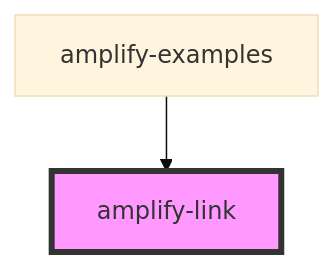
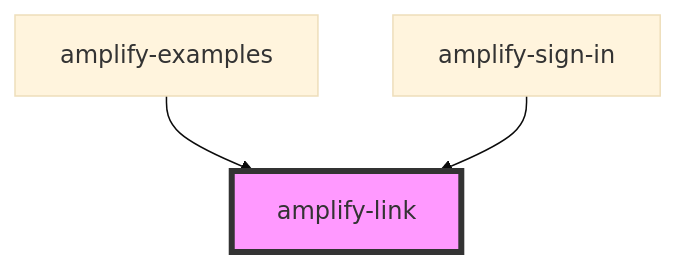
Before and after one commit to OneDev0411/amplify-js: the diagram in packages/amplify-ui-components/src/components/amplify-link/readme.md, drawn with Mermaid (base theme). The commit also changed other lines of this file and 81 other files, not shown here.

````diff
--- a/packages/amplify-ui-components/src/components/amplify-link/readme.md
+++ b/packages/amplify-ui-components/src/components/amplify-link/readme.md
@@ -23,5 +24,6 @@
 ```mermaid
 graph TD;
   amplify-examples --> amplify-link
+  amplify-sign-in --> amplify-link
   style amplify-link fill:#f9f,stroke:#333,stroke-width:4px
 ```
````
